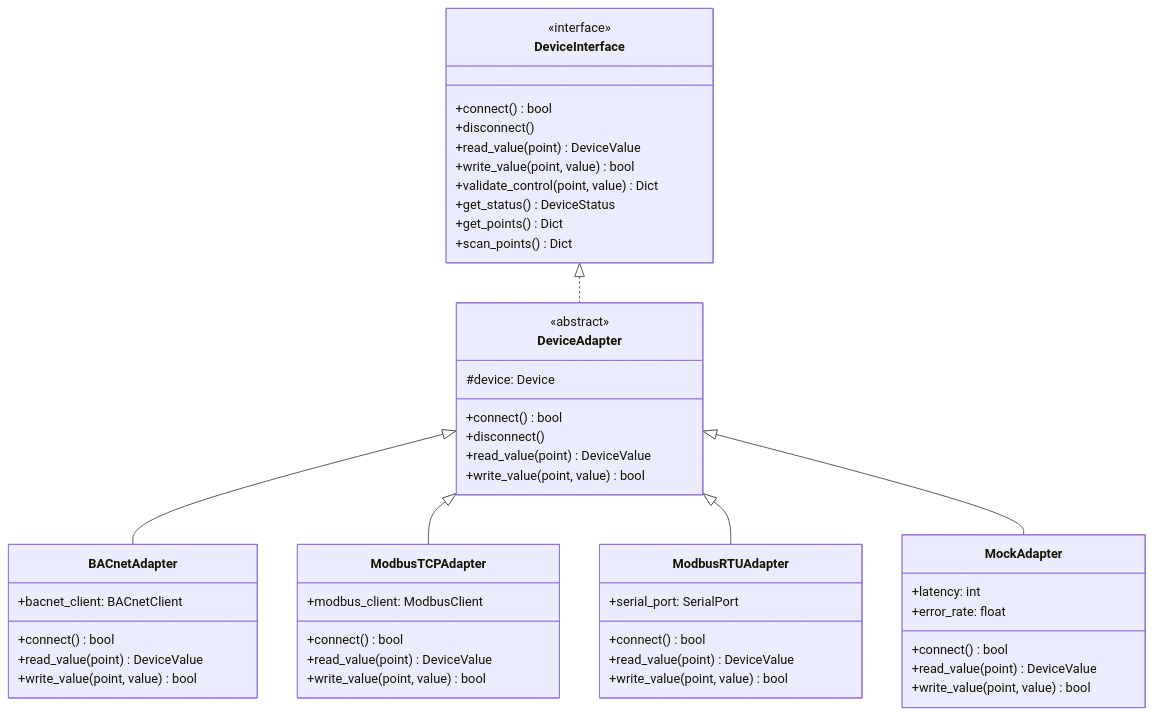
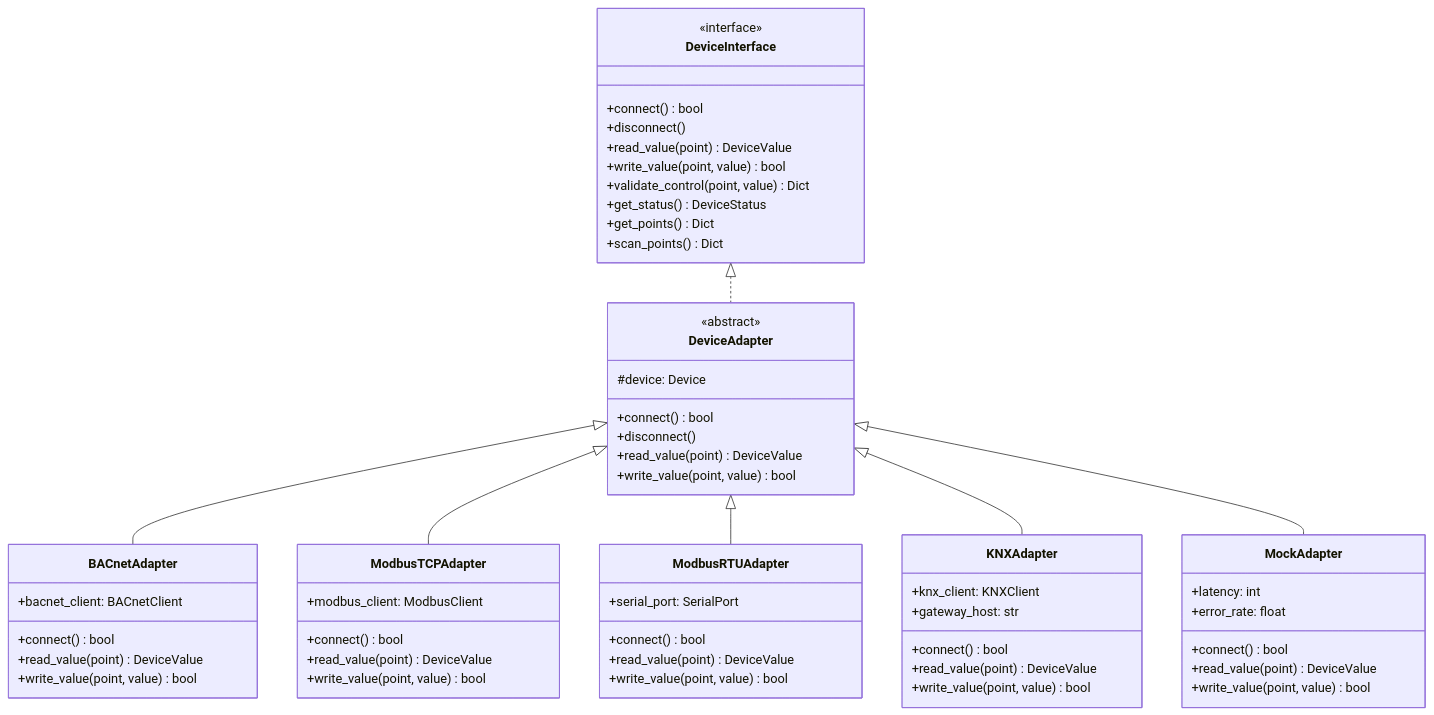
One commit to Bederf/sentinel-ai changed the diagram in docs/02-architecture/device-abstraction-layer.md. Above: the diagram before and after it, drawn with Mermaid. The commit also changed other lines of this file and 17 other files, not shown here.

````diff
--- a/docs/02-architecture/device-abstraction-layer.md
+++ b/docs/02-architecture/device-abstraction-layer.md
@@ -27,58 +27,67 @@
 ```mermaid
 classDiagram
     class DeviceInterface {
         <<interface>>
         +connect() bool
         +disconnect()
         +read_value(point) DeviceValue
         +write_value(point, value) bool
         +validate_control(point, value) Dict
         +get_status() DeviceStatus
         +get_points() Dict
         +scan_points() Dict
     }
 
     class DeviceAdapter {
         <<abstract>>
         #device: Device
         +connect() bool
         +disconnect()
         +read_value(point) DeviceValue
         +write_value(point, value) bool
     }
 
     class BACnetAdapter {
         +bacnet_client: BACnetClient
         +connect() bool
         +read_value(point) DeviceValue
         +write_value(point, value) bool
     }
 
     class ModbusTCPAdapter {
         +modbus_client: ModbusClient
         +connect() bool
         +read_value(point) DeviceValue
         +write_value(point, value) bool
     }
 
     class ModbusRTUAdapter {
         +serial_port: SerialPort
         +connect() bool
         +read_value(point) DeviceValue
         +write_value(point, value) bool
     }
 
+    class KNXAdapter {
+        +knx_client: KNXClient
+        +gateway_host: str
+        +connect() bool
+        +read_value(point) DeviceValue
+        +write_value(point, value) bool
+    }
+
     class MockAdapter {
         +latency: int
         +error_rate: float
         +connect() bool
         +read_value(point) DeviceValue
         +write_value(point, value) bool
     }
 
     DeviceInterface <|.. DeviceAdapter
     DeviceAdapter <|-- BACnetAdapter
     DeviceAdapter <|-- ModbusTCPAdapter
     DeviceAdapter <|-- ModbusRTUAdapter
+    DeviceAdapter <|-- KNXAdapter
     DeviceAdapter <|-- MockAdapter
 ```
````
